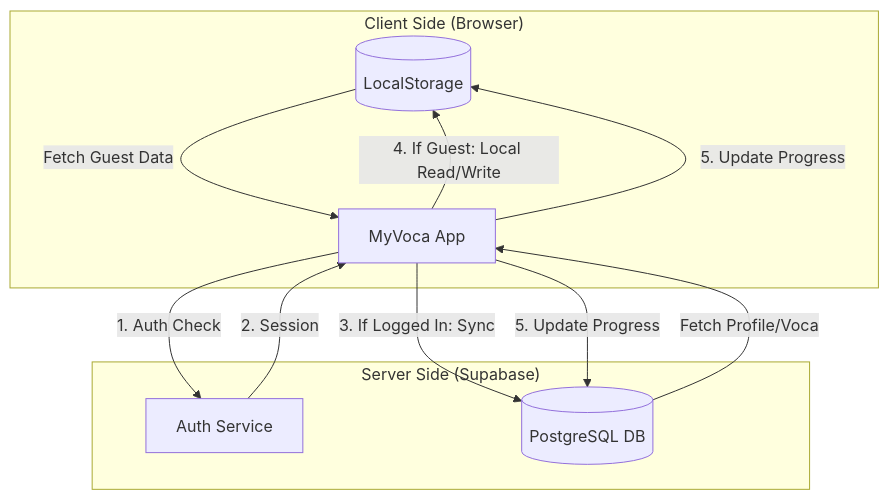
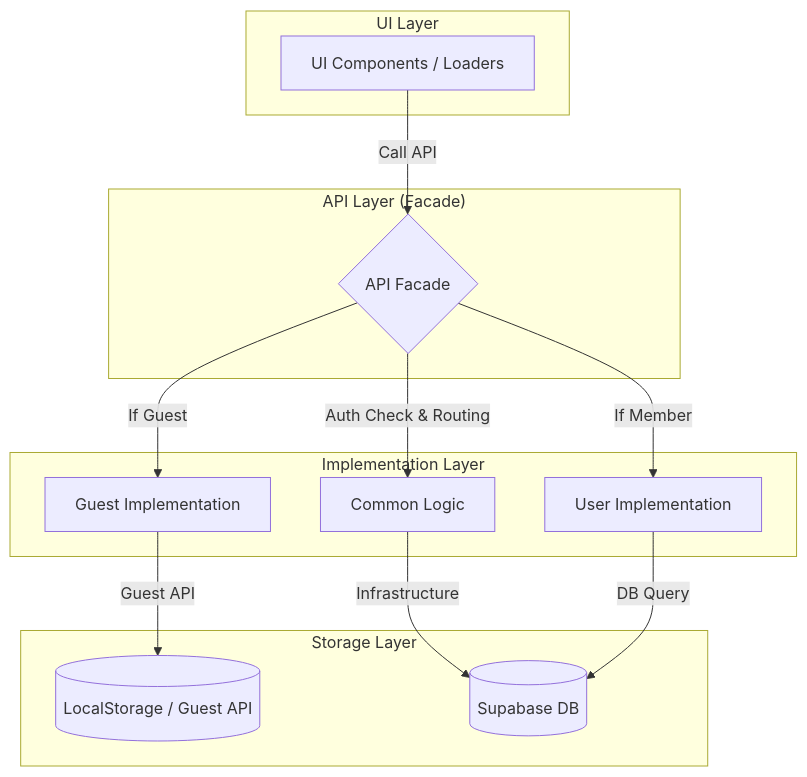
The diagram in docs/data-flow.md (funnyhun/MyVoca), drawn with Mermaid before and after one commit. The commit also changed other lines of this file and 2 other files, not shown here.

````diff
--- a/docs/data-flow.md
+++ b/docs/data-flow.md
@@ -17,24 +22,31 @@
 ```mermaid
 graph TD
-    subgraph "Client Side (Browser)"
-        LS[(LocalStorage)]
-        App[MyVoca App]
+    subgraph "UI Layer"
+        View[UI Components / Loaders]
     end
 
-    subgraph "Server Side (Supabase)"
-        Auth[Auth Service]
-        DB[(PostgreSQL DB)]
+    subgraph "API Layer (Facade)"
+        Facade{API Facade}
     end
 
-    App -- "1. Auth Check" --> Auth
-    Auth -- "2. Session" --> App
+    subgraph "Implementation Layer"
+        Common[Common Logic]
+        Guest[Guest Implementation]
+        User[User Implementation]
+    end
 
-    App -- "3. If Logged In: Sync" --> DB
-    App -- "4. If Guest: Local Read/Write" --> LS
+    subgraph "Storage Layer"
+        LS[(LocalStorage / Guest API)]
+        DB[(Supabase DB)]
+    end
 
-    DB -- "Fetch Profile/Voca" --> App
-    LS -- "Fetch Guest Data" --> App
+    %% Flow
+    View -- "Call API" --> Facade
+    Facade -- "Auth Check & Routing" --> Common
+    Facade -- "If Guest" --> Guest
+    Facade -- "If Member" --> User
 
-    App -- "5. Update Progress" --> DB
-    App -- "5. Update Progress" --> LS
+    Common -- "Infrastructure" --> DB
+    Guest -- "Guest API" --> LS
+    User -- "DB Query" --> DB
 ```
````
